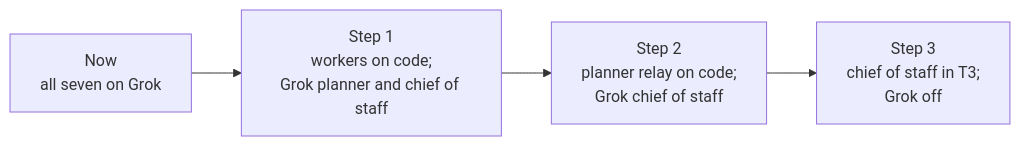
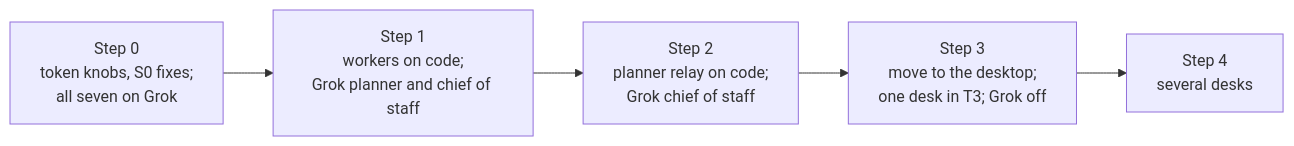
One commit to ProlesDei/maestro changed the seventh of 7 diagrams in docs/design/t3-runtime.md. Above: the diagram before and after it, drawn with Mermaid. The commit also changed other lines of this file, not shown here.

Commit message:
docs: t3-runtime v6, desktop + T3 Connect, owner's answers folded in

````diff
--- a/docs/design/t3-runtime.md
+++ b/docs/design/t3-runtime.md
@@ -319,6 +534,7 @@
 ```mermaid
 flowchart LR
-  M0["Now<br/>all seven on Grok"] --> M1["Step 1<br/>workers on code;<br/>Grok planner and chief of staff"]
+  M00["Step 0<br/>token knobs, S0 fixes;<br/>all seven on Grok"] --> M1["Step 1<br/>workers on code;<br/>Grok planner and chief of staff"]
   M1 --> M2["Step 2<br/>planner relay on code;<br/>Grok chief of staff"]
-  M2 --> M3["Step 3<br/>chief of staff in T3;<br/>Grok off"]
+  M2 --> M3["Step 3<br/>move to the desktop;<br/>one desk in T3; Grok off"]
+  M3 --> M4["Step 4<br/>several desks"]
 ```
````
